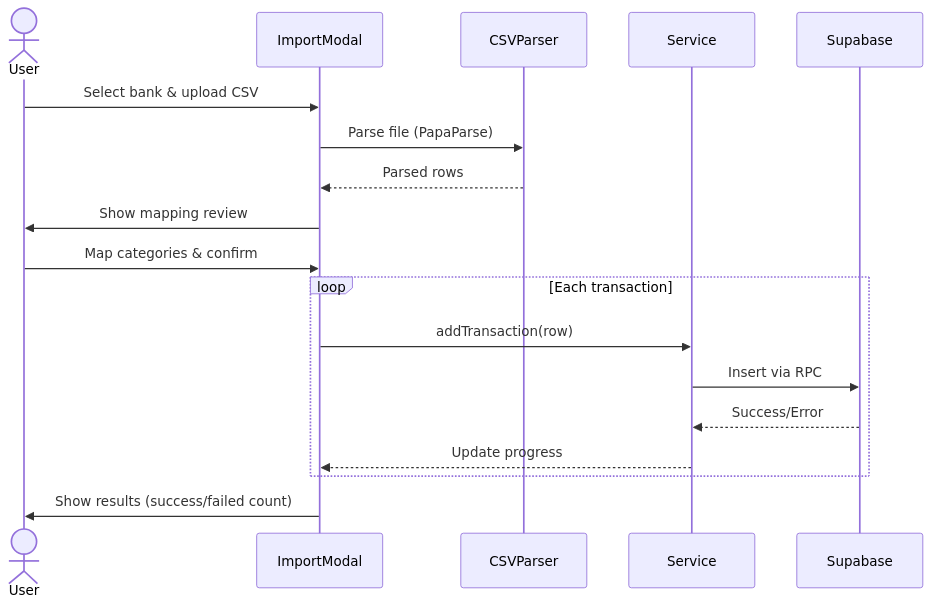
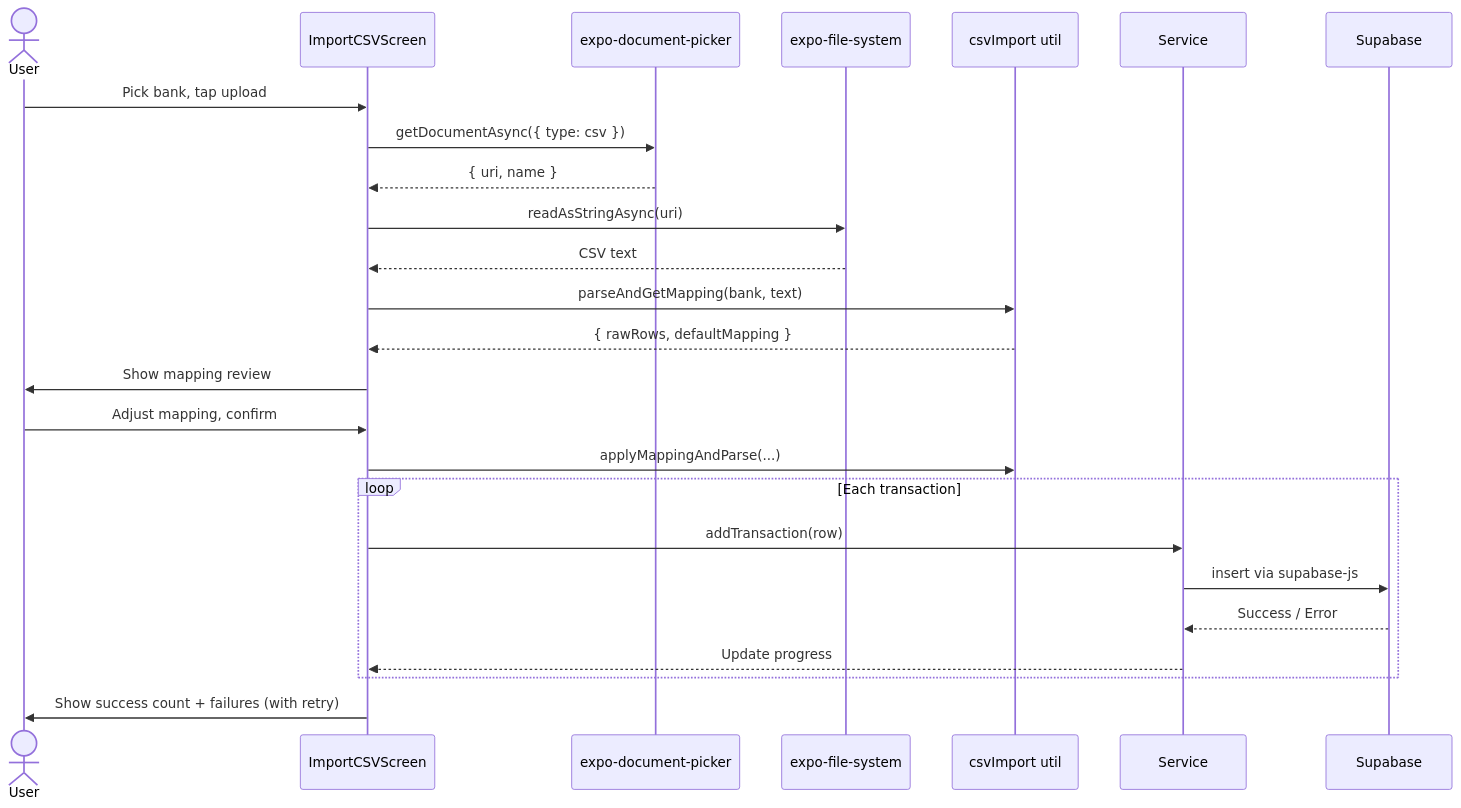
Before and after one commit to ShivaniNR/Personal-Finance-Tracker: the eighth of 8 diagrams in README.md, drawn with Mermaid. The commit also changed other lines of this file, not shown here.

First line of the commit message:
Update README to reflect current architecture

````diff
--- a/README.md
+++ b/README.md
@@ -386,21 +407,28 @@
 ```mermaid
 sequenceDiagram
     actor User
-    participant ImportModal
-    participant CSVParser
+    participant Screen as ImportCSVScreen
+    participant Picker as expo-document-picker
+    participant Fs as expo-file-system
+    participant Parser as csvImport util
     participant Service
     participant Supabase
 
-    User->>ImportModal: Select bank & upload CSV
-    ImportModal->>CSVParser: Parse file (PapaParse)
-    CSVParser-->>ImportModal: Parsed rows
-    ImportModal->>User: Show mapping review
-    User->>ImportModal: Map categories & confirm
+    User->>Screen: Pick bank, tap upload
+    Screen->>Picker: getDocumentAsync({ type: csv })
+    Picker-->>Screen: { uri, name }
+    Screen->>Fs: readAsStringAsync(uri)
+    Fs-->>Screen: CSV text
+    Screen->>Parser: parseAndGetMapping(bank, text)
+    Parser-->>Screen: { rawRows, defaultMapping }
+    Screen->>User: Show mapping review
+    User->>Screen: Adjust mapping, confirm
+    Screen->>Parser: applyMappingAndParse(...)
     loop Each transaction
-        ImportModal->>Service: addTransaction(row)
-        Service->>Supabase: Insert via RPC
-        Supabase-->>Service: Success/Error
-        Service-->>ImportModal: Update progress
+        Screen->>Service: addTransaction(row)
+        Service->>Supabase: insert via supabase-js
+        Supabase-->>Service: Success / Error
+        Service-->>Screen: Update progress
     end
-    ImportModal->>User: Show results (success/failed count)
+    Screen->>User: Show success count + failures (with retry)
 ```
````
